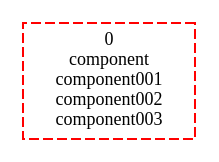
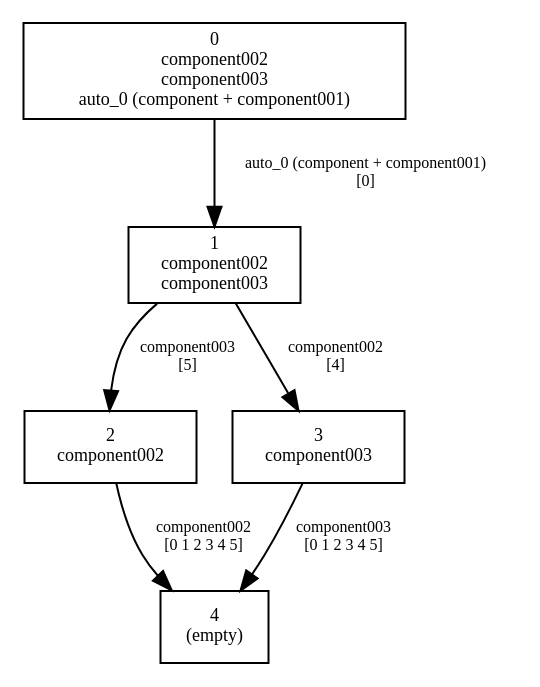
Before and after one commit to danielkerzner/Automated-Assembly-Planning: the diagram in output/nonlinearsimple/aog/aog.dot, drawn with Graphviz. The commit also changed 411 other files, not shown here.

```diff
--- a/output/nonlinearsimple/aog/aog.dot
+++ b/output/nonlinearsimple/aog/aog.dot
@@ -1,6 +1,18 @@
 digraph AoG {
   rankdir=TB;
   node [shape=box, fontsize=9];
   { rank=same; n0; }
-  n0 [label="0\ncomponent\ncomponent001\ncomponent002\ncomponent003", style=dashed, color=red];
+  n0 [label="0\ncomponent002\ncomponent003\nauto_0 (component + component001)"];
+  { rank=same; n1; }
+  n1 [label="1\ncomponent002\ncomponent003"];
+  { rank=same; n2; n3; }
+  n2 [label="2\ncomponent002"];
+  n3 [label="3\ncomponent003"];
+  { rank=same; n4; }
+  n4 [label="4\n(empty)"];
+  n0 -> n1 [label="auto_0 (component + component001)\n[0]", fontsize=8];
+  n1 -> n3 [label="component002\n[4]", fontsize=8];
+  n1 -> n2 [label="component003\n[5]", fontsize=8];
+  n2 -> n4 [label="component002\n[0 1 2 3 4 5]", fontsize=8];
+  n3 -> n4 [label="component003\n[0 1 2 3 4 5]", fontsize=8];
 }
```
